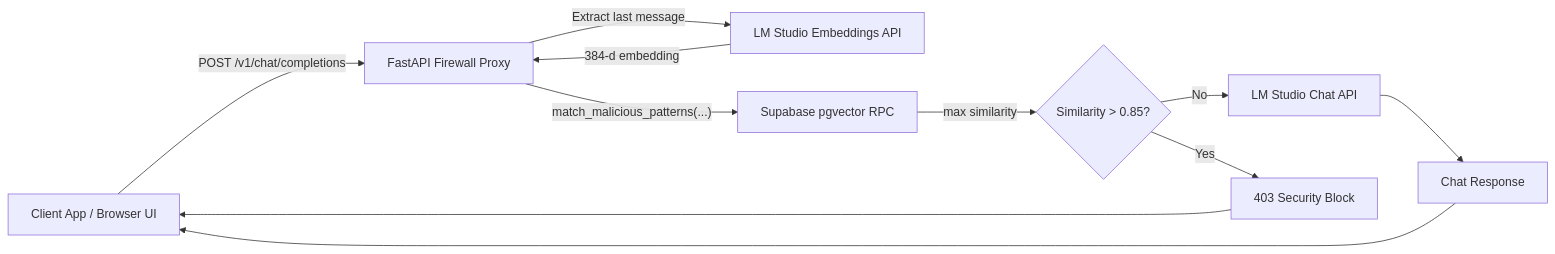
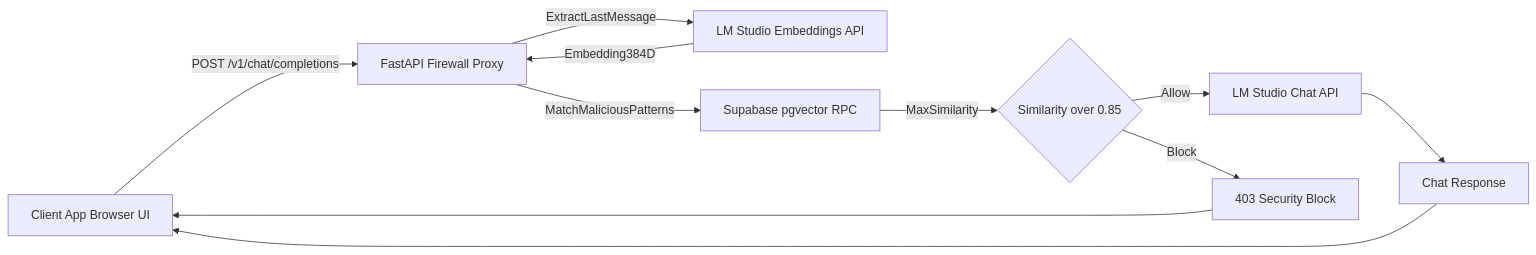
One commit to Shiva666666/Secure_LLM changed the diagram in README.md. Above: the diagram before and after it, drawn with Mermaid.

Commit message:
docs: fix README mermaid compatibility for GitHub
Made-with: Cursor

````diff
--- a/README.md
+++ b/README.md
@@ -9,22 +9,22 @@
 ```mermaid
 flowchart LR
-    client[Client App / Browser UI]
-    proxy[FastAPI Firewall Proxy]
-    embed[LM Studio Embeddings API]
-    supabase[Supabase pgvector RPC]
-    decision{Similarity > 0.85?}
-    chat[LM Studio Chat API]
-    blocked[403 Security Block]
-    response[Chat Response]
+    client["Client App Browser UI"]
+    proxy["FastAPI Firewall Proxy"]
+    embed["LM Studio Embeddings API"]
+    supabase["Supabase pgvector RPC"]
+    decision{"Similarity over 0.85"}
+    chat["LM Studio Chat API"]
+    blocked["403 Security Block"]
+    response["Chat Response"]
 
     client -->|"POST /v1/chat/completions"| proxy
-    proxy -->|"Extract last message"| embed
-    embed -->|"384-d embedding"| proxy
-    proxy -->|"match_malicious_patterns(...)"| supabase
-    supabase -->|"max similarity"| decision
-    decision -->|"Yes"| blocked
-    decision -->|"No"| chat
+    proxy -->|"ExtractLastMessage"| embed
+    embed -->|"Embedding384D"| proxy
+    proxy -->|"MatchMaliciousPatterns"| supabase
+    supabase -->|"MaxSimilarity"| decision
+    decision -->|"Block"| blocked
+    decision -->|"Allow"| chat
     chat --> response
     blocked --> client
     response --> client
 ```
````
